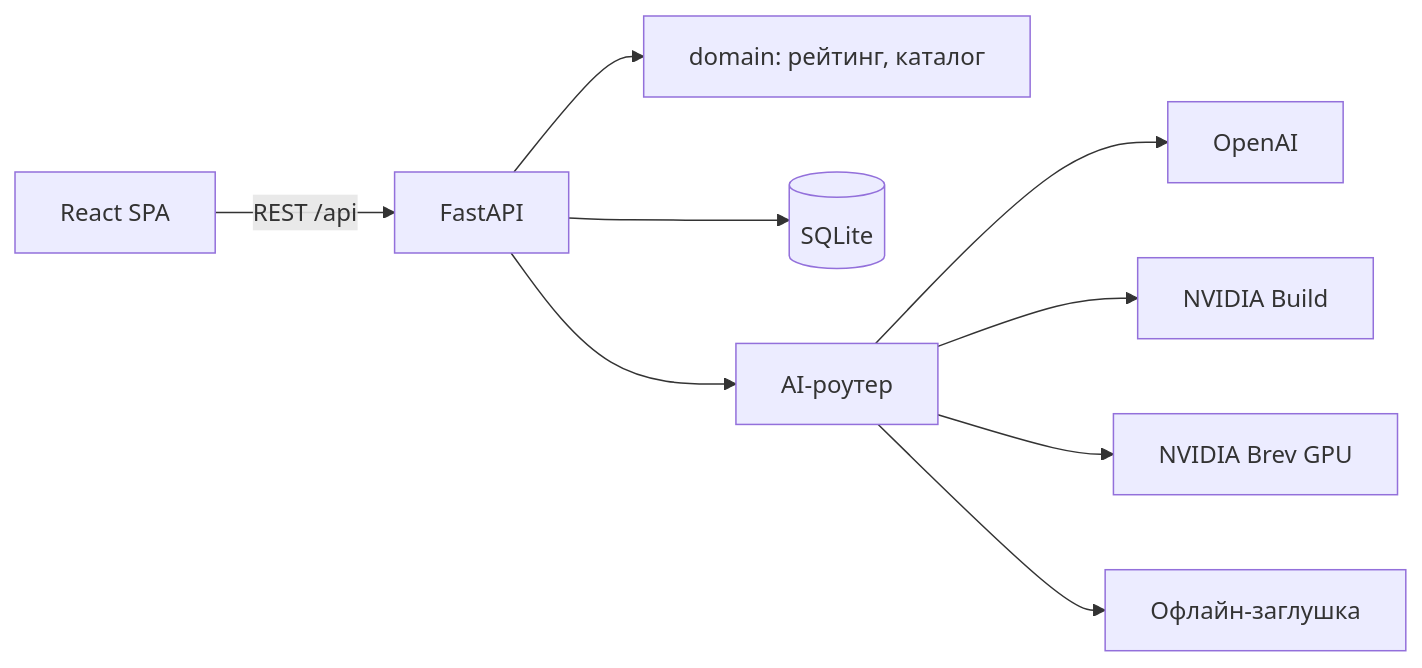
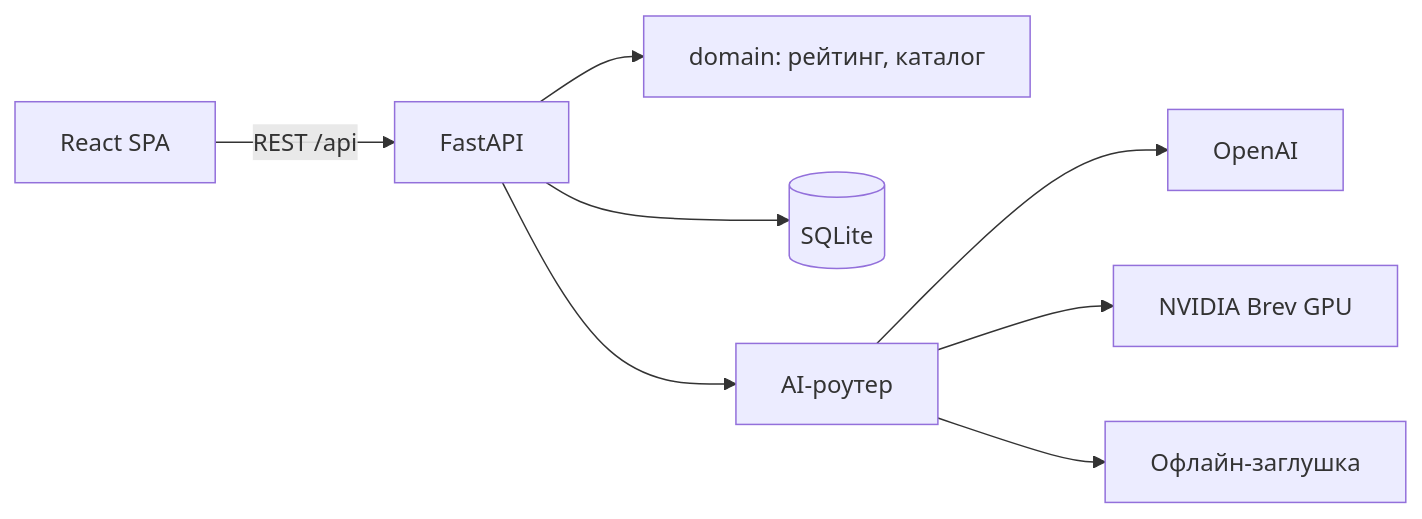
One commit to BAITC-Hacks/hack-4b695b60-ai-just changed the second of 2 diagrams in README.md. Above: the diagram before and after it, drawn with Mermaid. The commit also changed other lines of this file and 33 other files, not shown here.

````diff
--- a/README.md
+++ b/README.md
@@ -90,11 +90,10 @@
 ```mermaid
 flowchart LR
     FE["React SPA"] -->|"REST /api"| BE["FastAPI"]
     BE --> DOM["domain: рейтинг, каталог"]
     BE --> DB[("SQLite")]
     BE --> AI["AI-роутер"]
     AI --> OAI["OpenAI"]
-    AI --> NV["NVIDIA Build"]
     AI --> BR["NVIDIA Brev GPU"]
     AI --> ST["Офлайн-заглушка"]
 ```
````
